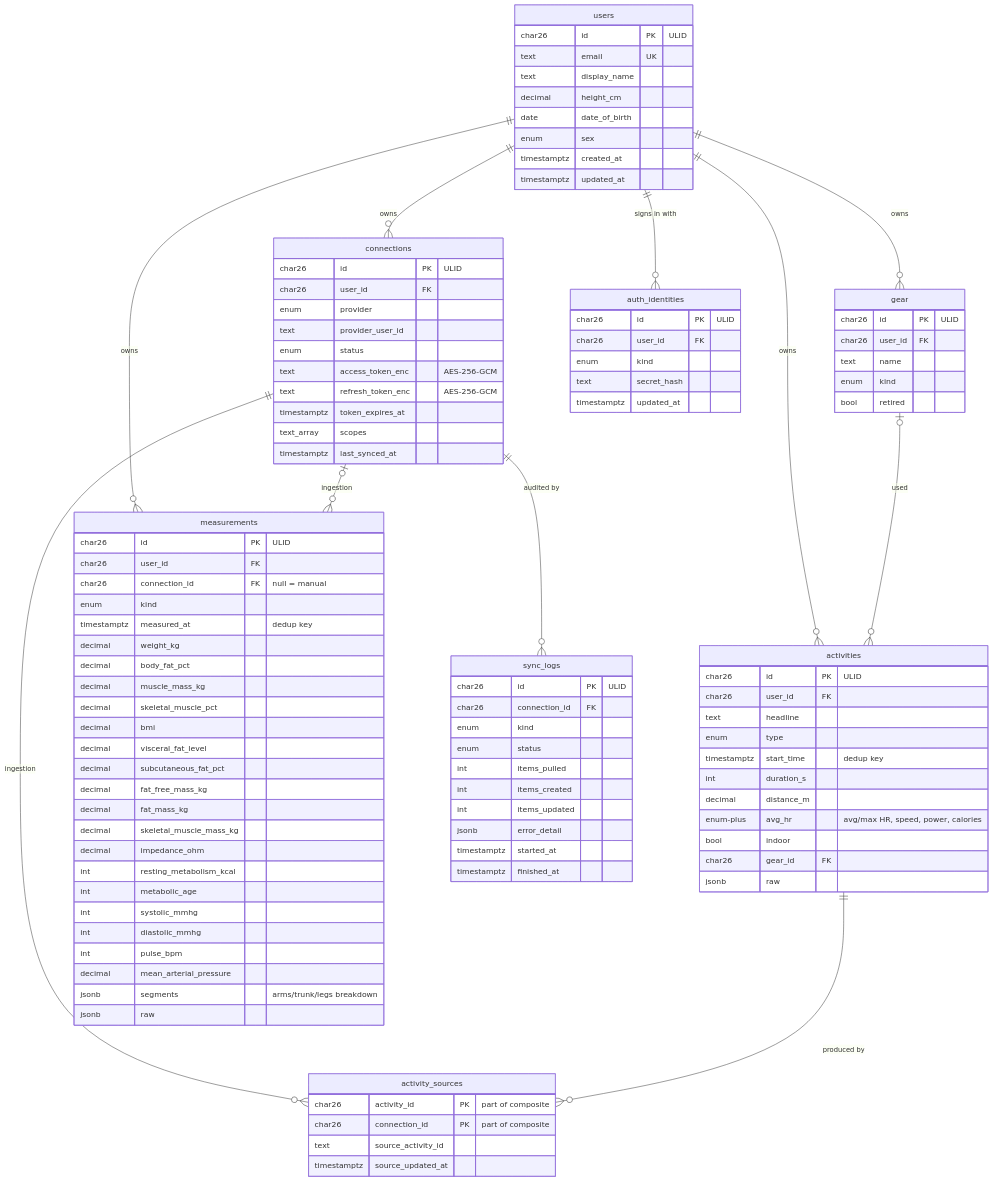
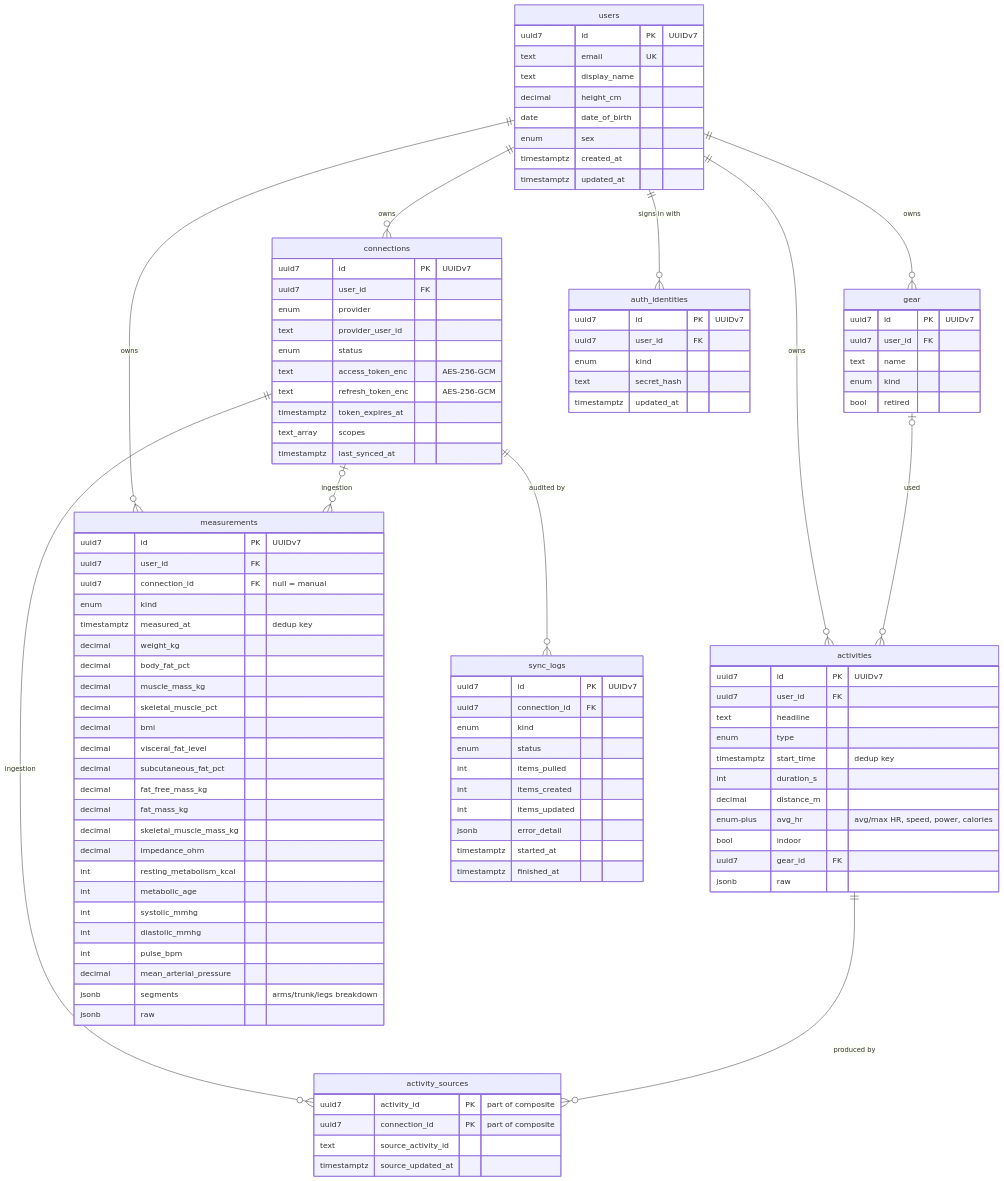
The diagram in docs/db-diagram.md (tzulberti/stridash), drawn with Mermaid before and after one commit. The commit also changed other lines of this file and 10 other files, not shown here.

First line of the commit message:
db: switch primary keys from text ULIDs to native uuid columns with UUIDv7 values

```diff
--- a/docs/db-diagram.md
+++ b/docs/db-diagram.md
@@ -24,7 +25,7 @@
     gear |o--o{ activities : used
 
     users {
-        char26 id PK "ULID"
+        uuid7 id PK "UUIDv7"
         text email UK
         text display_name
         decimal height_cm
@@ -34,15 +35,15 @@
         timestamptz updated_at
     }
     auth_identities {
-        char26 id PK "ULID"
-        char26 user_id FK
+        uuid7 id PK "UUIDv7"
+        uuid7 user_id FK
         enum kind
         text secret_hash
         timestamptz updated_at
     }
     connections {
-        char26 id PK "ULID"
-        char26 user_id FK
+        uuid7 id PK "UUIDv7"
+        uuid7 user_id FK
         enum provider
         text provider_user_id
         enum status
@@ -53,8 +54,8 @@
         timestamptz last_synced_at
     }
     sync_logs {
-        char26 id PK "ULID"
-        char26 connection_id FK
+        uuid7 id PK "UUIDv7"
+        uuid7 connection_id FK
         enum kind
         enum status
         int items_pulled
@@ -65,8 +66,8 @@
         timestamptz finished_at
     }
     activities {
-        char26 id PK "ULID"
-        char26 user_id FK
+        uuid7 id PK "UUIDv7"
+        uuid7 user_id FK
         text headline
         enum type
         timestamptz start_time "dedup key"
@@ -74,26 +75,26 @@
         decimal distance_m
         enum-plus avg_hr "avg/max HR, speed, power, calories"
         bool indoor
-        char26 gear_id FK
+        uuid7 gear_id FK
         jsonb raw
     }
     activity_sources {
-        char26 activity_id PK "part of composite"
-        char26 connection_id PK "part of composite"
+        uuid7 activity_id PK "part of composite"
+        uuid7 connection_id PK "part of composite"
         text source_activity_id
         timestamptz source_updated_at
     }
     gear {
-        char26 id PK "ULID"
-        char26 user_id FK
+        uuid7 id PK "UUIDv7"
+        uuid7 user_id FK
         text name
         enum kind
         bool retired
     }
     measurements {
-        char26 id PK "ULID"
-        char26 user_id FK
-        char26 connection_id FK "null = manual"
+        uuid7 id PK "UUIDv7"
+        uuid7 user_id FK
+        uuid7 connection_id FK "null = manual"
         enum kind
         timestamptz measured_at "dedup key"
         decimal weight_kg
```
